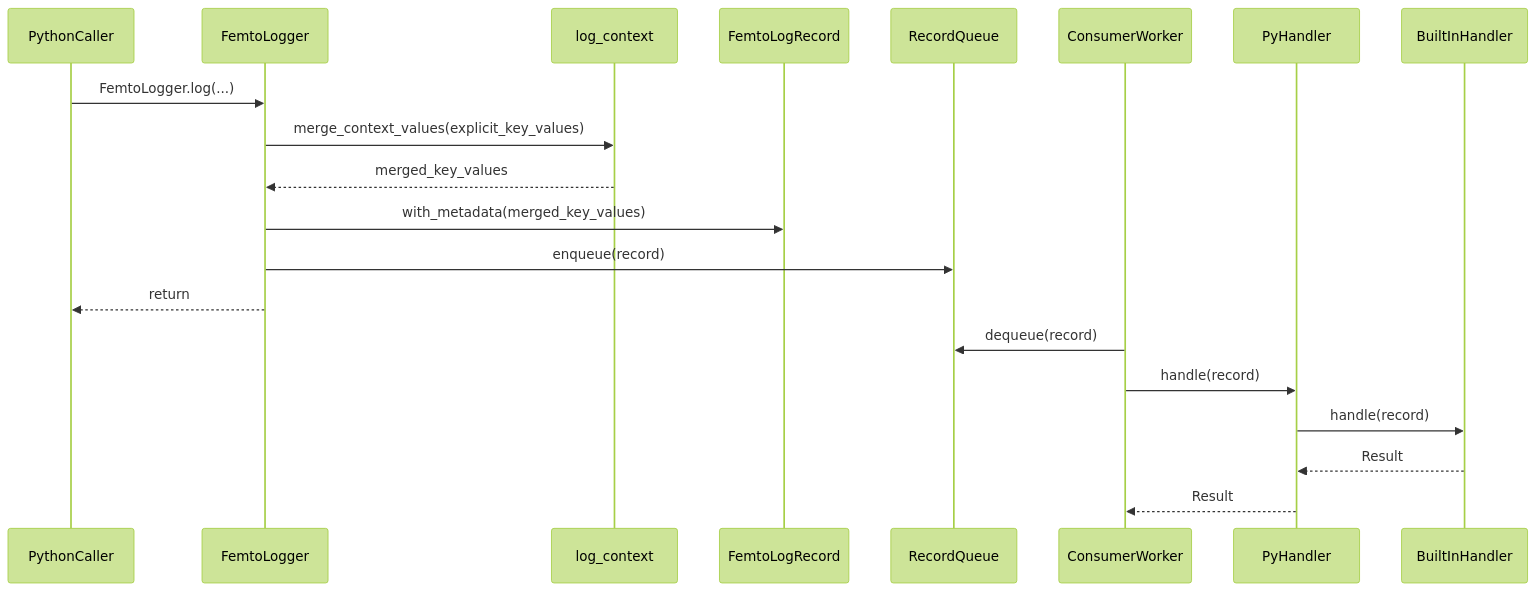
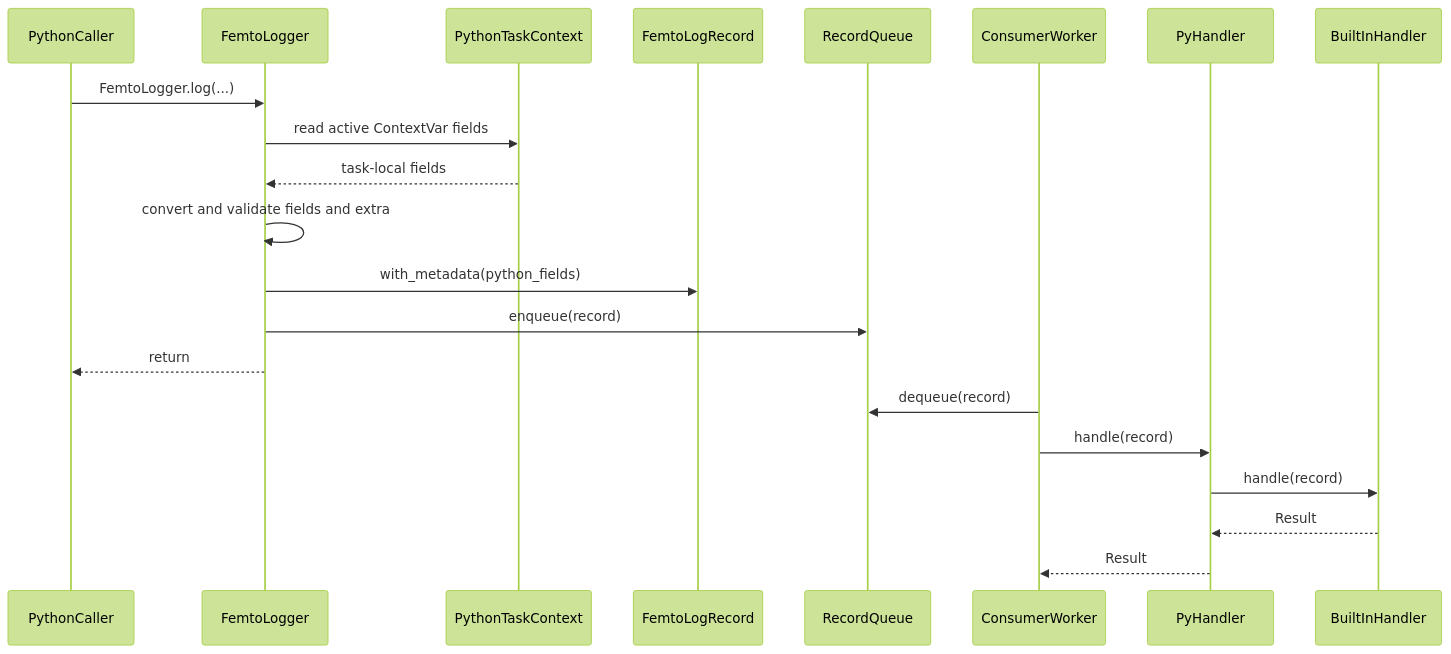
One commit to leynos/femtologging changed the fourth of 7 diagrams in docs/rust-multithreaded-logging-framework-for-python-design.md. Above: the diagram before and after it, drawn with Mermaid (forest theme). The commit also changed other lines of this file and 28 other files, not shown here.

First line of the commit message:
Make scoped log context task-safe (#433) (#454)

````diff
--- a/docs/rust-multithreaded-logging-framework-for-python-design.md
+++ b/docs/rust-multithreaded-logging-framework-for-python-design.md
@@ -969,23 +974,24 @@
 ```mermaid
 sequenceDiagram
     participant Caller as PythonCaller
     participant Logger as FemtoLogger
-    participant Context as log_context
+    participant Context as PythonTaskContext
     participant Record as FemtoLogRecord
     participant Queue as RecordQueue
     participant Worker as ConsumerWorker
     participant Bridge as PyHandler
     participant Native as BuiltInHandler
 
     Caller->>Logger: FemtoLogger.log(...)
-    Logger->>Context: merge_context_values(explicit_key_values)
-    Context-->>Logger: merged_key_values
-    Logger->>Record: with_metadata(merged_key_values)
+    Logger->>Context: read active ContextVar fields
+    Context-->>Logger: task-local fields
+    Logger->>Logger: convert and validate fields and extra
+    Logger->>Record: with_metadata(python_fields)
     Logger->>Queue: enqueue(record)
     Logger-->>Caller: return
     Worker->>Queue: dequeue(record)
     Worker->>Bridge: handle(record)
     Bridge->>Native: handle(record)
     Native-->>Bridge: Result
     Bridge-->>Worker: Result
 ```
````
